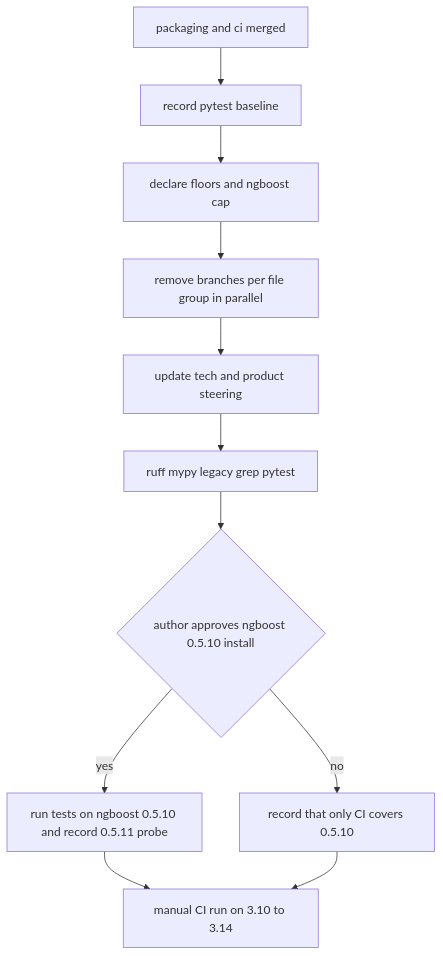
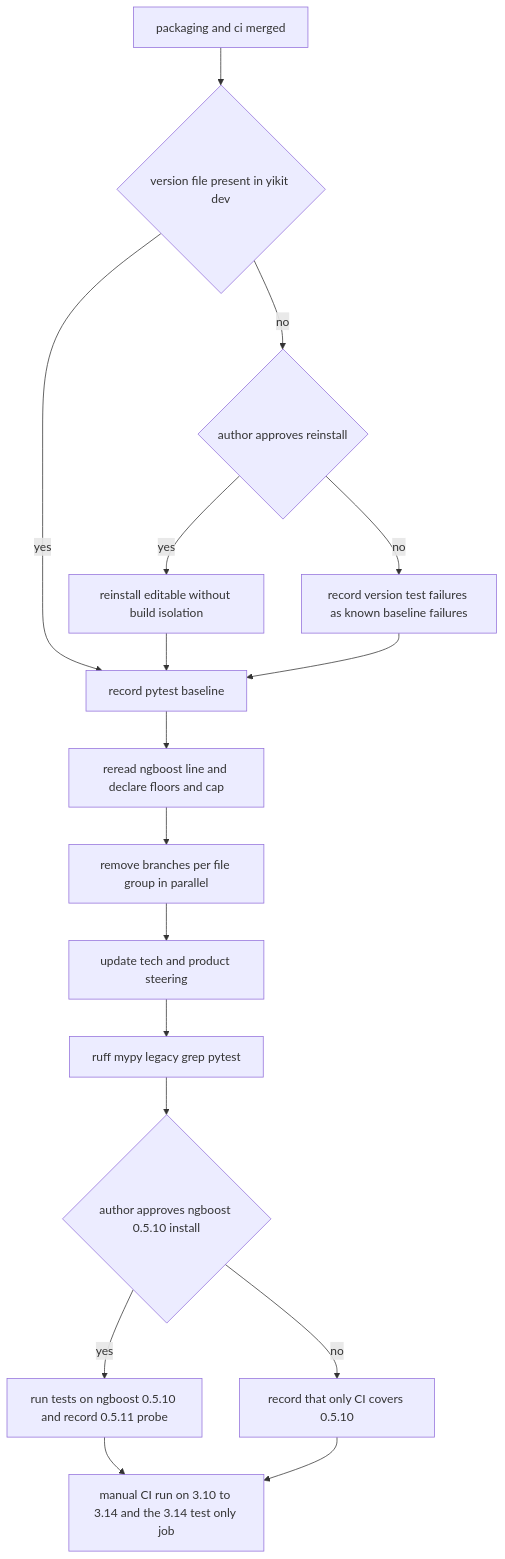
One commit to yu9824/yikit changed the second of 2 diagrams in .kiro/specs/drop-legacy-compat/design.md. Above: the diagram before and after it, drawn with Mermaid. The commit also changed other lines of this file and 10 other files, not shown here.

````diff
--- a/.kiro/specs/drop-legacy-compat/design.md
+++ b/.kiro/specs/drop-legacy-compat/design.md
@@ -186,13 +192,19 @@
 ```mermaid
 flowchart TD
-    Start[packaging and ci merged] --> Baseline[record pytest baseline]
-    Baseline --> Declare[declare floors and ngboost cap]
+    Start[packaging and ci merged] --> EnvCheck{version file present in yikit dev}
+    EnvCheck -->|yes| Baseline[record pytest baseline]
+    EnvCheck -->|no| Reinstall{author approves reinstall}
+    Reinstall -->|yes| ReinstallDone[reinstall editable without build isolation]
+    Reinstall -->|no| KnownFail[record version test failures as known baseline failures]
+    ReinstallDone --> Baseline
+    KnownFail --> Baseline
+    Baseline --> Declare[reread ngboost line and declare floors and cap]
     Declare --> Sweeps[remove branches per file group in parallel]
     Sweeps --> Steering[update tech and product steering]
     Steering --> Local[ruff mypy legacy grep pytest]
     Local --> Approval{author approves ngboost 0.5.10 install}
     Approval -->|yes| NewNgb[run tests on ngboost 0.5.10 and record 0.5.11 probe]
     Approval -->|no| SkipLocal[record that only CI covers 0.5.10]
-    NewNgb --> CI[manual CI run on 3.10 to 3.14]
+    NewNgb --> CI[manual CI run on 3.10 to 3.14 and the 3.14 test only job]
     SkipLocal --> CI
 ```
````
